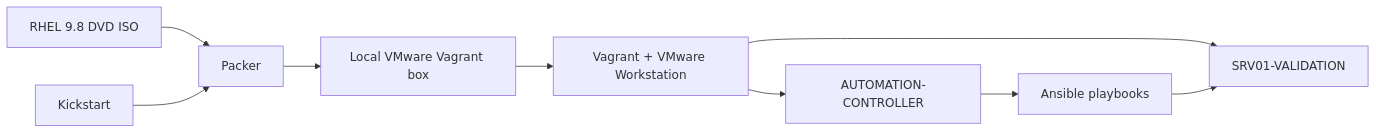
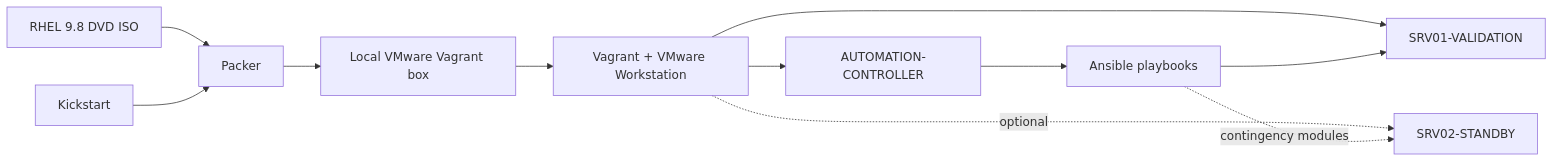
One commit to marcosantoniotic/infrastructure-operations-platform changed the diagram in docs/testing/validation-environment.md. Above: the diagram before and after it, drawn with Mermaid. The commit also changed other lines of this file and 4 other files, not shown here.

Commit message:
Add optional standby validation node (#31)

````diff
--- a/docs/testing/validation-environment.md
+++ b/docs/testing/validation-environment.md
@@ -13,11 +13,13 @@
 ```mermaid
 flowchart LR
     ISO["RHEL 9.8 DVD ISO"] --> Packer["Packer"]
     Kickstart["Kickstart"] --> Packer
     Packer --> Box["Local VMware Vagrant box"]
     Box --> Vagrant["Vagrant + VMware Workstation"]
     Vagrant --> Controller["AUTOMATION-CONTROLLER"]
     Vagrant --> Platform["SRV01-VALIDATION"]
+    Vagrant -. optional .-> Standby["SRV02-STANDBY"]
     Controller --> Ansible["Ansible playbooks"]
     Ansible --> Platform
+    Ansible -. contingency modules .-> Standby
 ```
````
